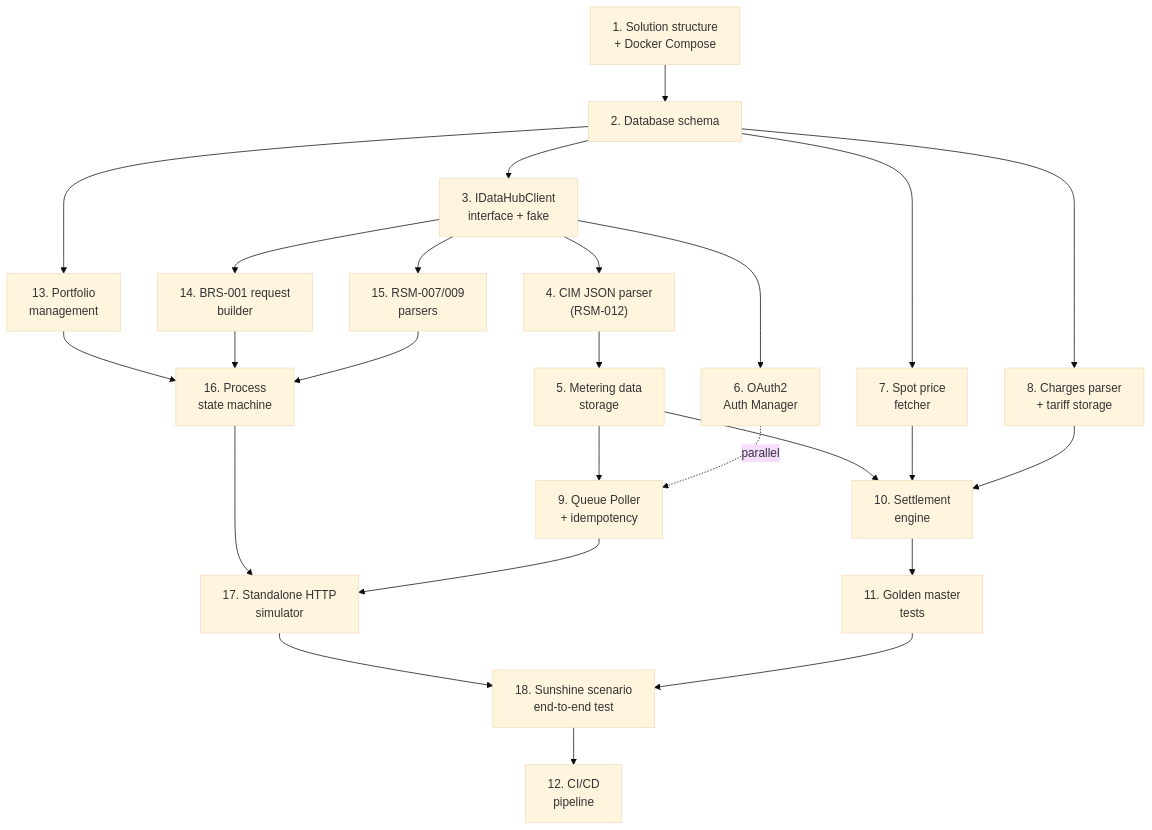
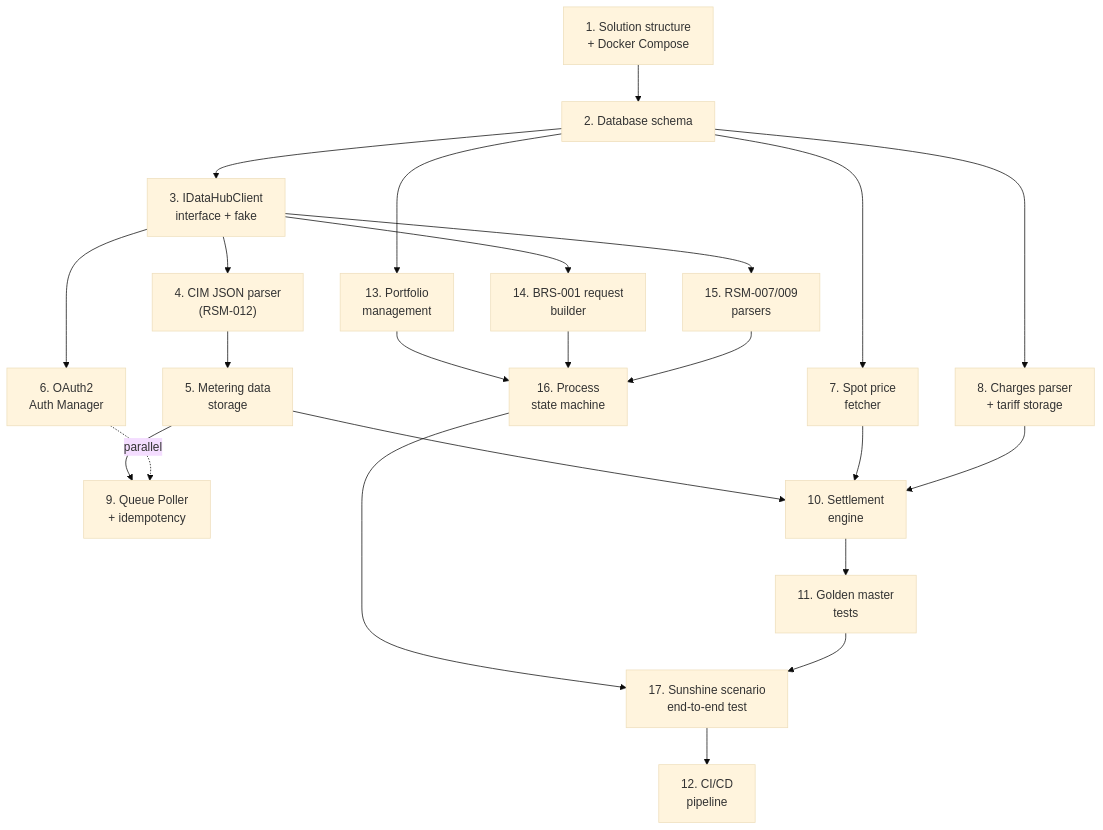
Before and after one commit to kloppnr1/DataHub.Exploration: the diagram in docs/mvp1-implementation-plan.md, drawn with Mermaid (base theme). The commit also changed other lines of this file and 2 other files, not shown here.

First line of the commit message:
Remove standalone HTTP simulator from MVP 1 — use FakeDataHubClient only

````diff
--- a/docs/mvp1-implementation-plan.md
+++ b/docs/mvp1-implementation-plan.md
@@ -38,29 +38,27 @@
 ```mermaid
 flowchart TD
     A["1. Solution structure\n+ Docker Compose"] --> B["2. Database schema"]
     B --> C["3. IDataHubClient\ninterface + fake"]
     C --> D["4. CIM JSON parser\n(RSM-012)"]
     D --> E["5. Metering data\nstorage"]
     C --> F["6. OAuth2\nAuth Manager"]
     B --> G["7. Spot price\nfetcher"]
     B --> H["8. Charges parser\n+ tariff storage"]
     E --> I["9. Queue Poller\n+ idempotency"]
     E --> J["10. Settlement\nengine"]
     G --> J
     H --> J
     J --> K["11. Golden master\ntests"]
 
     B --> M["13. Portfolio\nmanagement"]
     C --> N["14. BRS-001 request\nbuilder"]
     C --> O["15. RSM-007/009\nparsers"]
     M --> P["16. Process\nstate machine"]
     N --> P
     O --> P
-    P --> Q["17. Standalone HTTP\nsimulator"]
-    I --> Q
-    Q --> R["18. Sunshine scenario\nend-to-end test"]
-    K --> R
-    R --> L["12. CI/CD\npipeline"]
+    P --> Q["17. Sunshine scenario\nend-to-end test"]
+    K --> Q
+    Q --> L["12. CI/CD\npipeline"]
 
     F -.->|"parallel"| I
 ```
````
